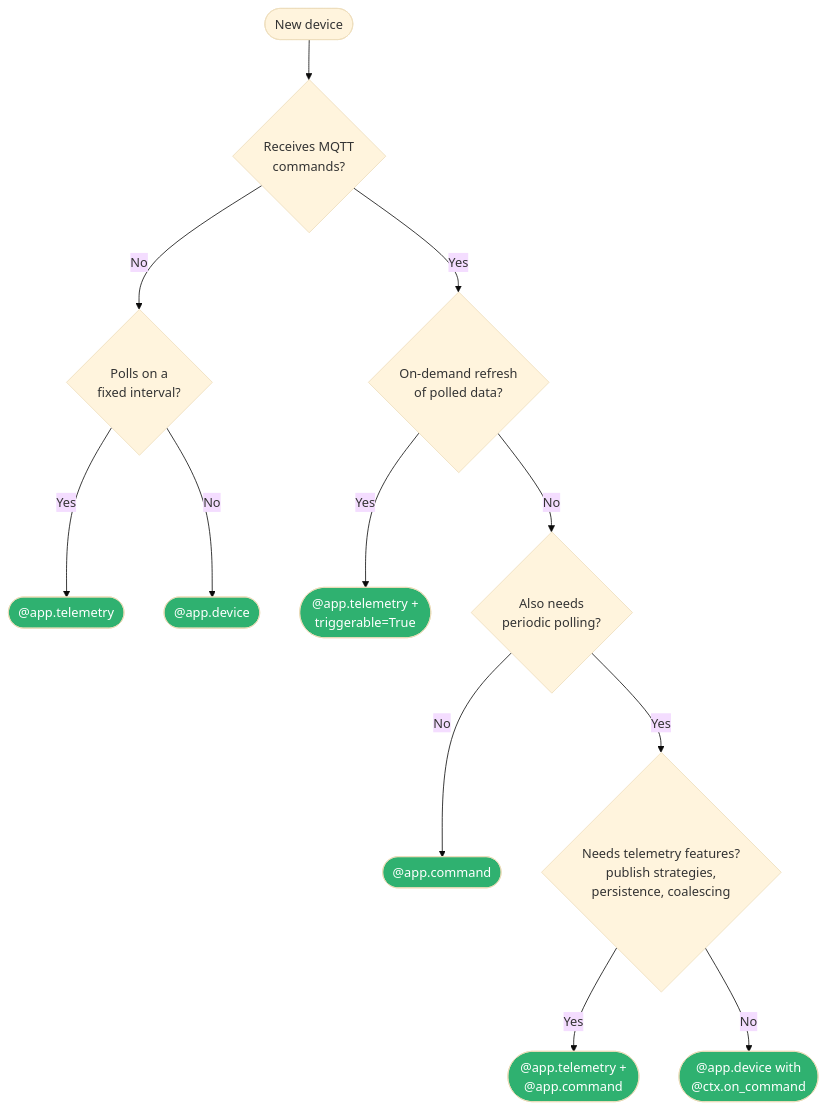
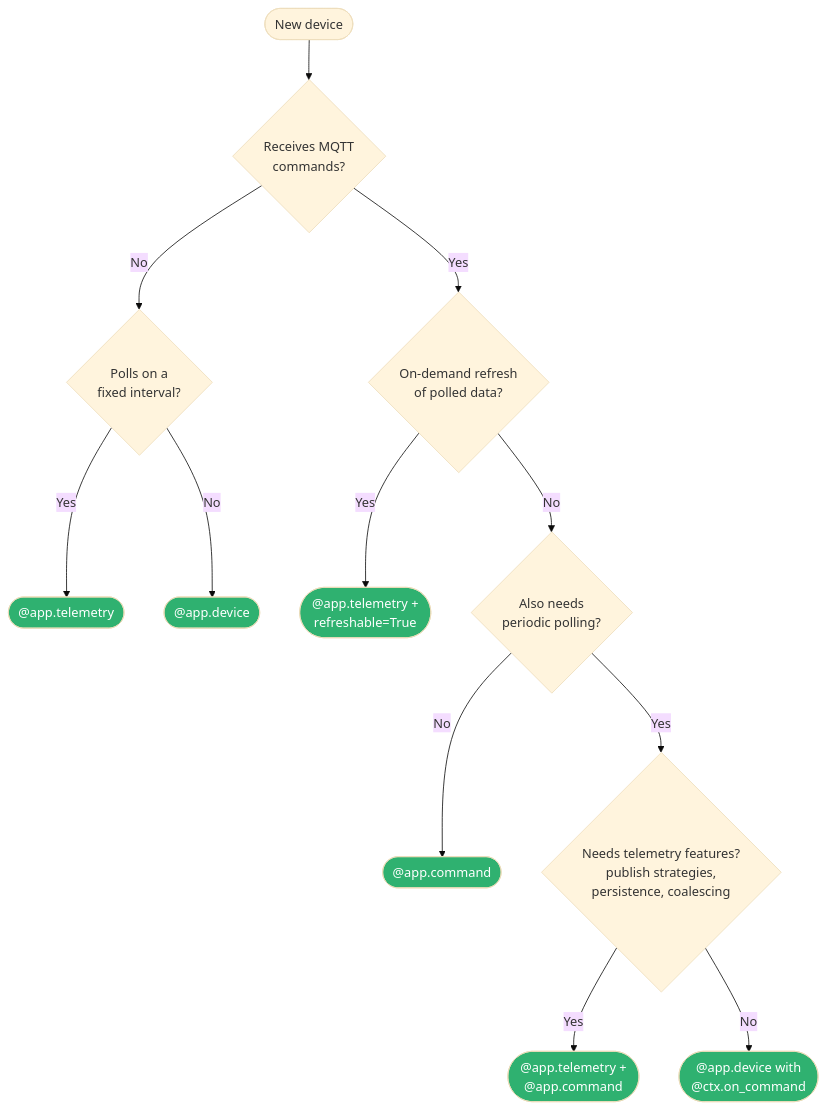
One commit to ff-fab/cosalette changed the fourth of 4 diagrams in docs/concepts/device-archetypes.md. Above: the diagram before and after it, drawn with Mermaid (base theme). The commit also changed other lines of this file and 21 other files, not shown here.

````diff
--- a/docs/concepts/device-archetypes.md
+++ b/docs/concepts/device-archetypes.md
@@ -321,23 +321,23 @@
 ```mermaid
 graph TD
     Start([New device]) --> Q1{Receives MQTT<br/>commands?}
 
     Q1 -->|No| Q2{Polls on a<br/>fixed interval?}
     Q2 -->|Yes| T(["@app.telemetry"])
     Q2 -->|No| D1(["@app.device"])
 
     Q1 -->|Yes| Q1a{On-demand refresh<br/>of polled data?}
-    Q1a -->|Yes| TT(["@app.telemetry +<br/>triggerable=True"])
+    Q1a -->|Yes| TT(["@app.telemetry +<br/>refreshable=True"])
     Q1a -->|No| Q3{Also needs<br/>periodic polling?}
     Q3 -->|No| C(["@app.command"])
     Q3 -->|Yes| Q4{Needs telemetry features?<br/>publish strategies,<br/>persistence, coalescing}
     Q4 -->|Yes| TC(["@app.telemetry +<br/>@app.command"])
     Q4 -->|No| D2(["@app.device with<br/>@ctx.on_command"])
 
     style T fill:#2FB170,color:#fff
     style D1 fill:#2FB170,color:#fff
     style C fill:#2FB170,color:#fff
     style TT fill:#2FB170,color:#fff
     style TC fill:#2FB170,color:#fff
     style D2 fill:#2FB170,color:#fff
 ```
````
